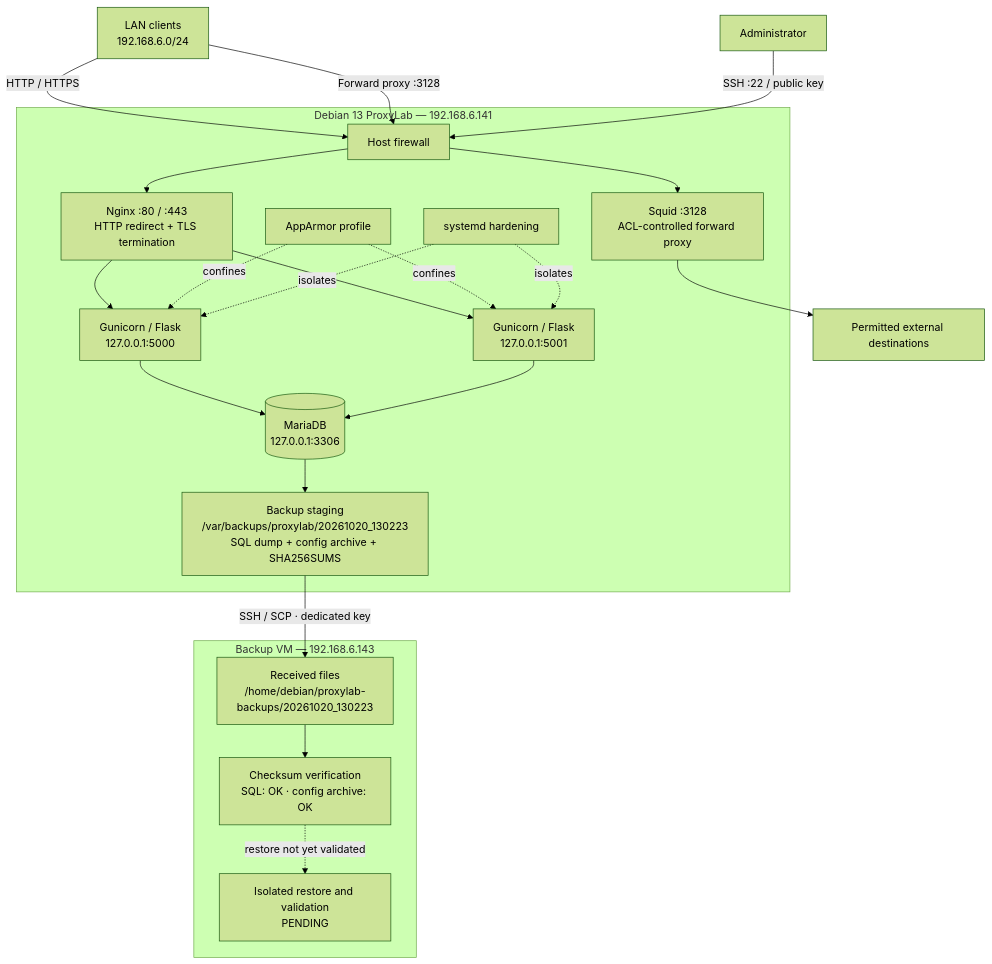
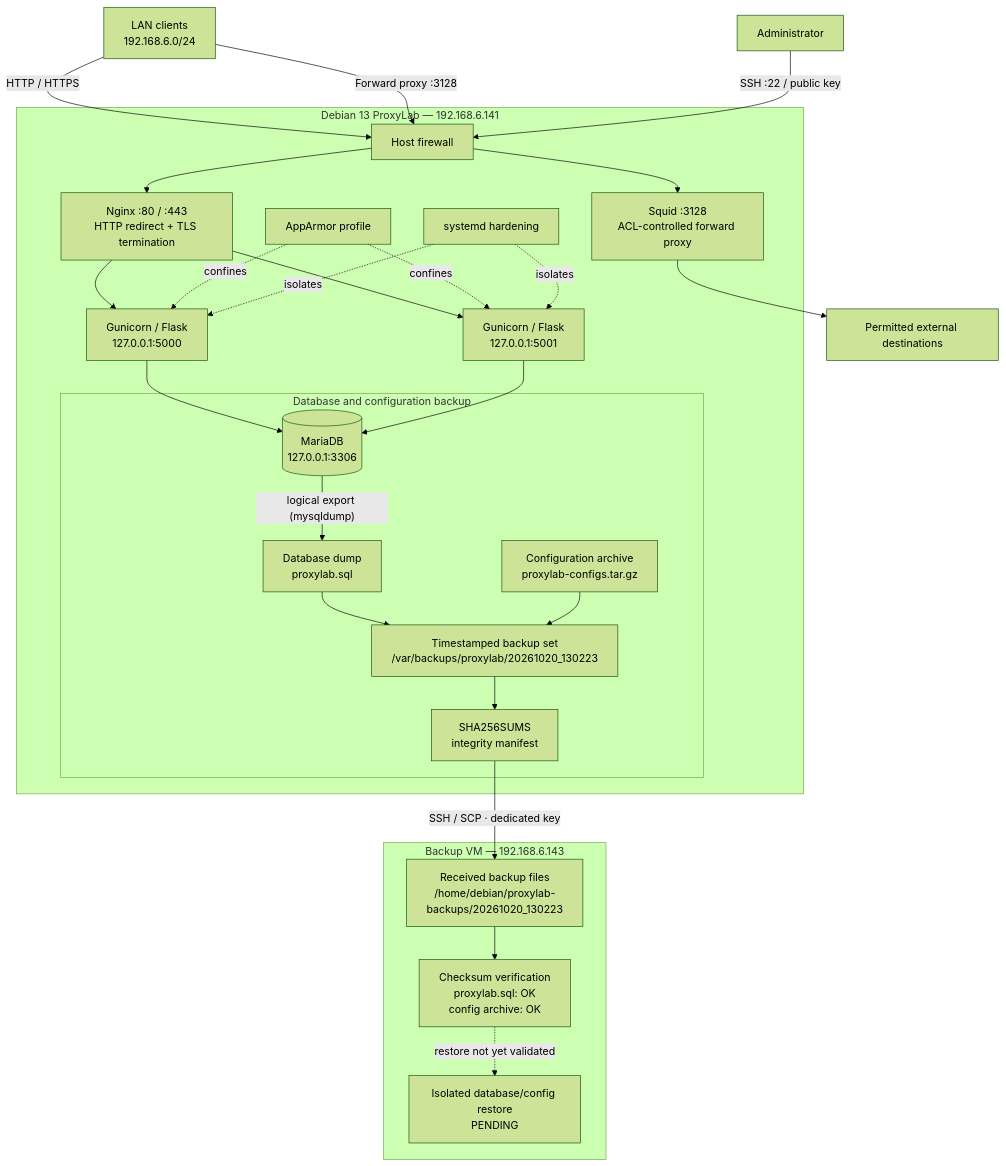
One commit to Rash499/ProxyLab changed the first of 4 diagrams in docs/architecture/README.md. Above: the diagram before and after it, drawn with Mermaid (forest theme).

Commit message:
Clarify database backup flow in main architecture diagram

````diff
--- a/docs/architecture/README.md
+++ b/docs/architecture/README.md
@@ -7,28 +7,33 @@
 ```mermaid
 flowchart TB
   Client["LAN clients<br/>192.168.6.0/24"] -->|"HTTP / HTTPS"| FW["Host firewall"]
   Client -->|"Forward proxy :3128"| FW
   Admin["Administrator"] -->|"SSH :22 / public key"| FW
   subgraph VM["Debian 13 ProxyLab — 192.168.6.141"]
     FW --> N["Nginx :80 / :443<br/>HTTP redirect + TLS termination"]
     FW --> S["Squid :3128<br/>ACL-controlled forward proxy"]
     N --> B1["Gunicorn / Flask<br/>127.0.0.1:5000"]
     N --> B2["Gunicorn / Flask<br/>127.0.0.1:5001"]
     B1 --> DB[("MariaDB<br/>127.0.0.1:3306")]
     B2 --> DB
     AA["AppArmor profile"] -. confines .-> B1
     AA -. confines .-> B2
     SD["systemd hardening"] -. isolates .-> B1
     SD -. isolates .-> B2
-    DB --> BK["Backup staging<br/>/var/backups/proxylab/20261020_130223<br/>SQL dump + config archive + SHA256SUMS"]
+    subgraph DBBackup["Database and configuration backup"]
+      DB -->|"logical export (mysqldump)"| SQL["Database dump<br/>proxylab.sql"]
+      SQL --> STAGE["Timestamped backup set<br/>/var/backups/proxylab/20261020_130223"]
+      CFG["Configuration archive<br/>proxylab-configs.tar.gz"] --> STAGE
+      STAGE --> MANIFEST["SHA256SUMS<br/>integrity manifest"]
+    end
   end
   S --> Internet["Permitted external destinations"]
   subgraph Recovery["Backup VM — 192.168.6.143"]
-    DST["Received files<br/>/home/debian/proxylab-backups/20261020_130223"]
-    VERIFY["Checksum verification<br/>SQL: OK · config archive: OK"]
-    RESTORE["Isolated restore and validation<br/>PENDING"]
+    DST["Received backup files<br/>/home/debian/proxylab-backups/20261020_130223"]
+    VERIFY["Checksum verification<br/>proxylab.sql: OK<br/>config archive: OK"]
+    RESTORE["Isolated database/config restore<br/>PENDING"]
     DST --> VERIFY
     VERIFY -. "restore not yet validated" .-> RESTORE
   end
-  BK -->|"SSH / SCP · dedicated key"| DST
+  MANIFEST -->|"SSH / SCP · dedicated key"| DST
 ```
````
